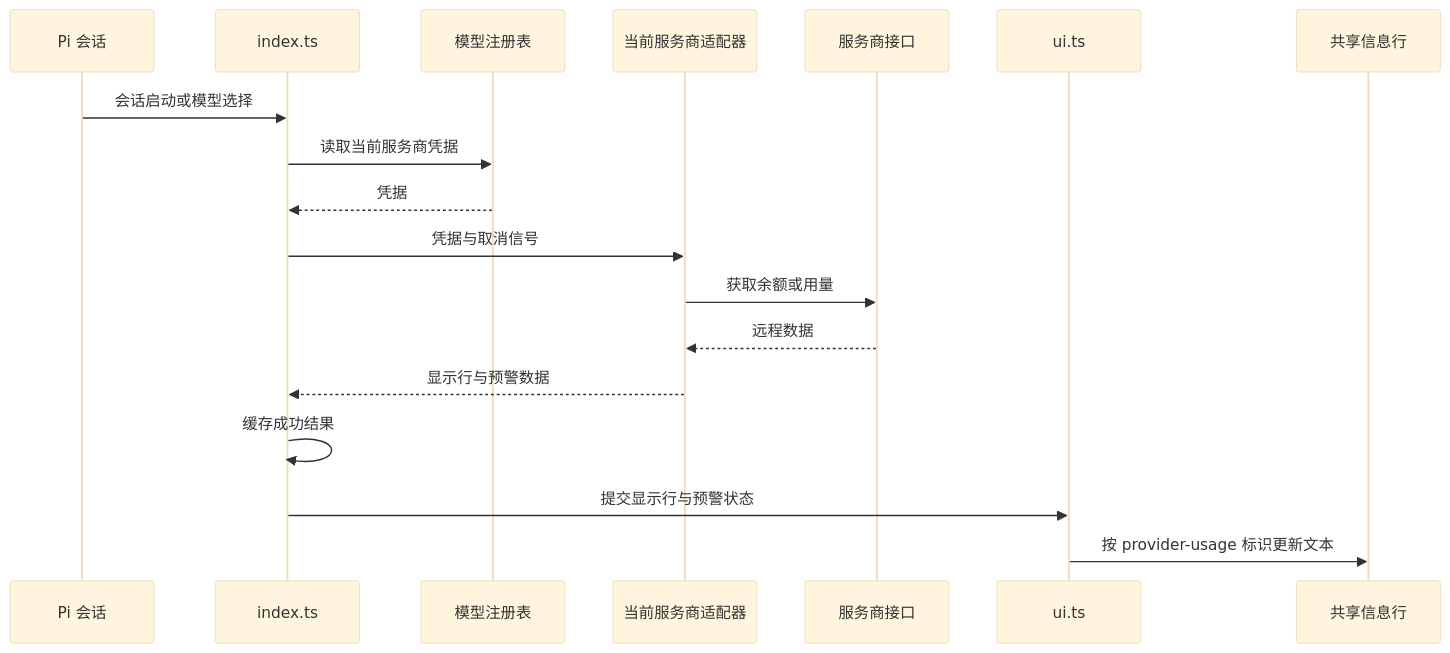
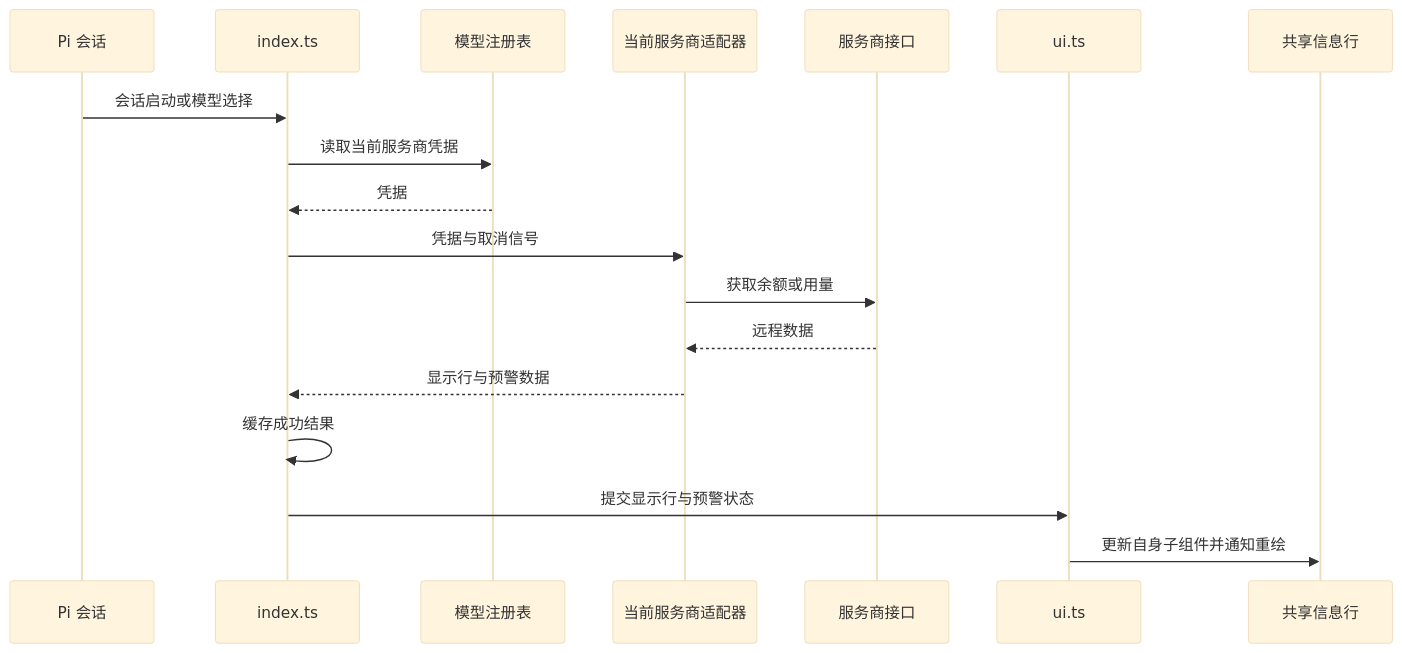
The second of 2 diagrams in extensions/provider-usage/docs/architecture.md (aqua2k1/pi-kits), drawn with Mermaid (base theme) before and after one commit. The commit also changed other lines of this file and 12 other files, not shown here.

````diff
--- a/extensions/provider-usage/docs/architecture.md
+++ b/extensions/provider-usage/docs/architecture.md
@@ -30,20 +30,20 @@
 ```mermaid
 sequenceDiagram
   participant Pi as Pi 会话
   participant Entry as index.ts
   participant Registry as 模型注册表
   participant Adapter as 当前服务商适配器
   participant Remote as 服务商接口
   participant Ui as ui.ts
   participant Widget as 共享信息行
   Pi->>Entry: 会话启动或模型选择
   Entry->>Registry: 读取当前服务商凭据
   Registry-->>Entry: 凭据
   Entry->>Adapter: 凭据与取消信号
   Adapter->>Remote: 获取余额或用量
   Remote-->>Adapter: 远程数据
   Adapter-->>Entry: 显示行与预警数据
   Entry->>Entry: 缓存成功结果
   Entry->>Ui: 提交显示行与预警状态
-  Ui->>Widget: 按 provider-usage 标识更新文本
+  Ui->>Widget: 更新自身子组件并通知重绘
 ```
````
